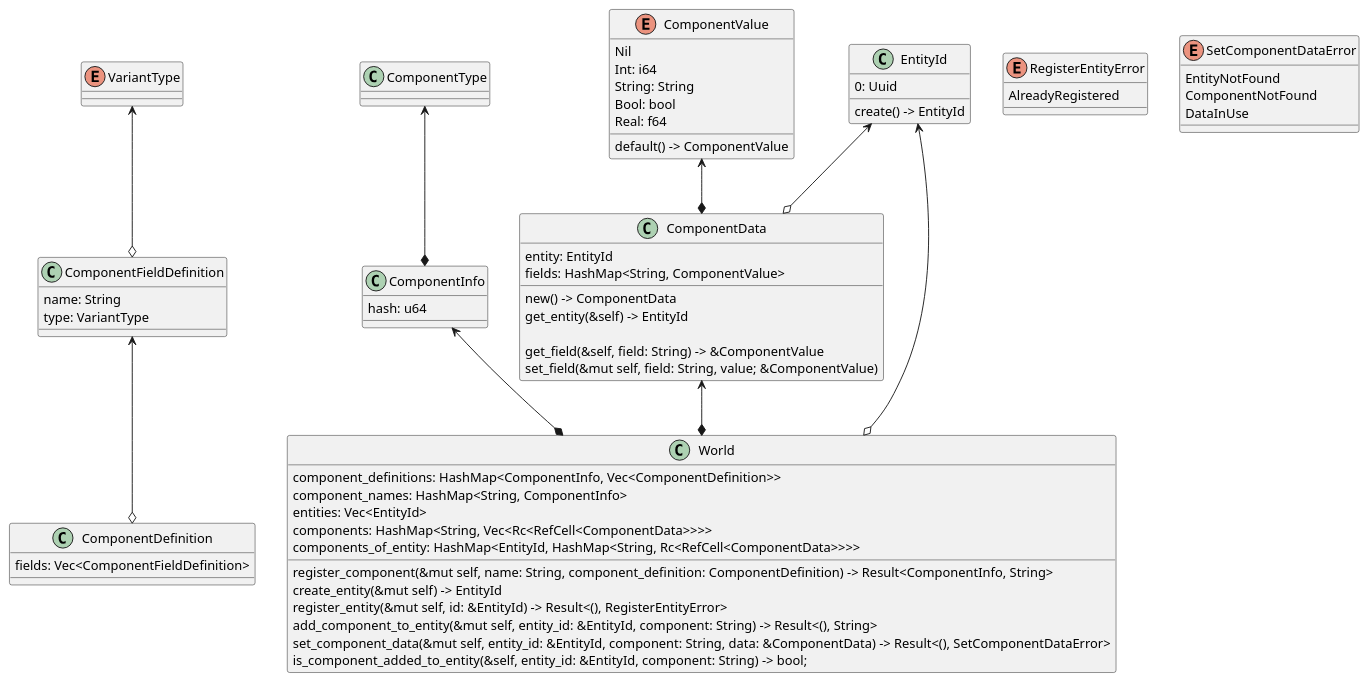
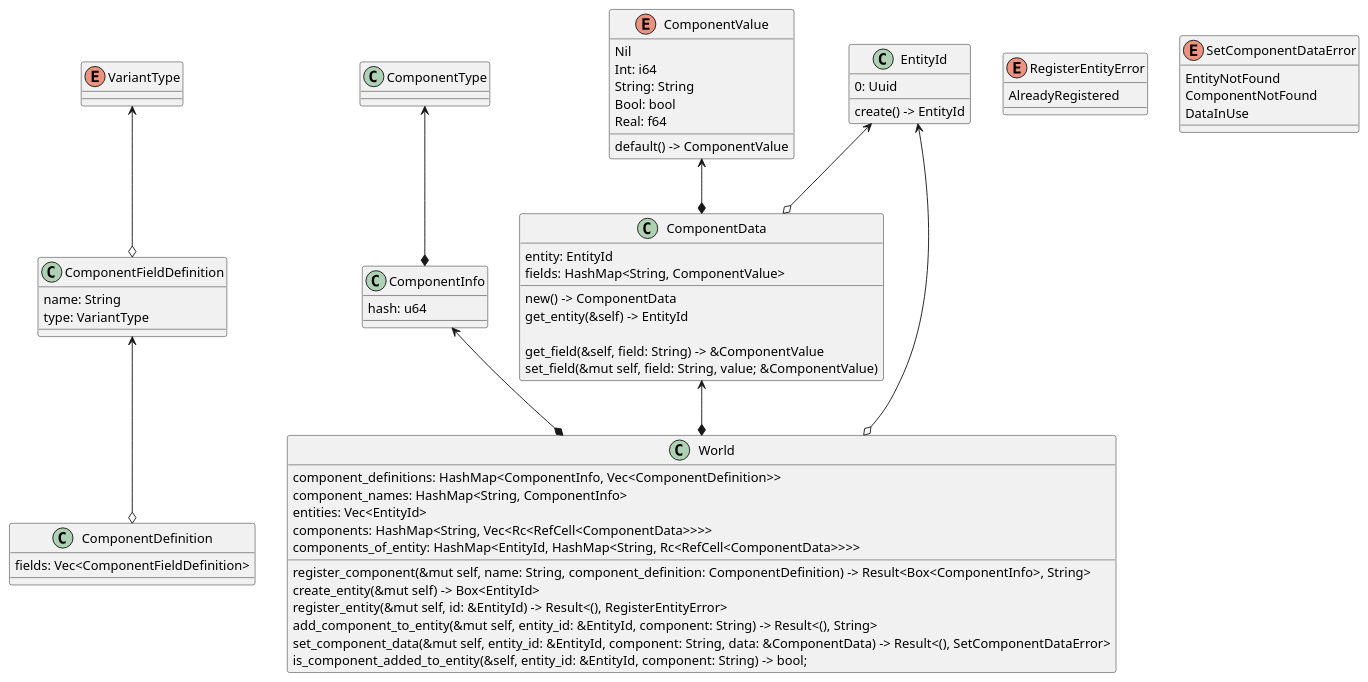
Before and after one commit to Beliar83/godot-component-system: the diagram in model/ClassDiagram.puml, drawn with PlantUML. The commit also changed 35 other files, not shown here.

```diff
--- a/model/ClassDiagram.puml
+++ b/model/ClassDiagram.puml
@@ -1,80 +1,80 @@
 @startuml
 'https://plantuml.com/class-diagram
 
 VariantType <--o ComponentFieldDefinition
 ComponentType <--* ComponentInfo
 ComponentInfo <--* World
 ComponentValue <--* ComponentData
 ComponentData <--* World
 EntityId <--o ComponentData
 EntityId <--o World
 ComponentFieldDefinition <--o ComponentDefinition
 
 enum VariantType
 
 class ComponentFieldDefinition {
     name: String
     type: VariantType
 }
 
 class ComponentDefinition {
     fields: Vec<ComponentFieldDefinition>
 }
 
 class ComponentInfo {
     hash: u64
 }
 
 class ComponentData {
     entity: EntityId
     fields: HashMap<String, ComponentValue>
 
     new() -> ComponentData
     get_entity(&self) -> EntityId
 
     get_field(&self, field: String) -> &ComponentValue
     set_field(&mut self, field: String, value; &ComponentValue)
 }
 
 enum ComponentValue {
     Nil
     Int: i64
     String: String
     Bool: bool
     Real: f64
 
     default() -> ComponentValue
 }
 
 class EntityId {
     0: Uuid
 
     create() -> EntityId
 }
 
 enum RegisterEntityError {
     AlreadyRegistered
 }
 
 enum SetComponentDataError {
     EntityNotFound
     ComponentNotFound
     DataInUse
 }
 
 class World {
     component_definitions: HashMap<ComponentInfo, Vec<ComponentDefinition>>
     component_names: HashMap<String, ComponentInfo>
     entities: Vec<EntityId>
     components: HashMap<String, Vec<Rc<RefCell<ComponentData>>>>
     components_of_entity: HashMap<EntityId, HashMap<String, Rc<RefCell<ComponentData>>>>
 
-    register_component(&mut self, name: String, component_definition: ComponentDefinition) -> Result<ComponentInfo, String>
-    create_entity(&mut self) -> EntityId
+    register_component(&mut self, name: String, component_definition: ComponentDefinition) -> Result<Box<ComponentInfo>, String>
+    create_entity(&mut self) -> Box<EntityId>
     register_entity(&mut self, id: &EntityId) -> Result<(), RegisterEntityError>
     add_component_to_entity(&mut self, entity_id: &EntityId, component: String) -> Result<(), String>
     set_component_data(&mut self, entity_id: &EntityId, component: String, data: &ComponentData) -> Result<(), SetComponentDataError>
     is_component_added_to_entity(&self, entity_id: &EntityId, component: String) -> bool;
 }
 
 @enduml
```
